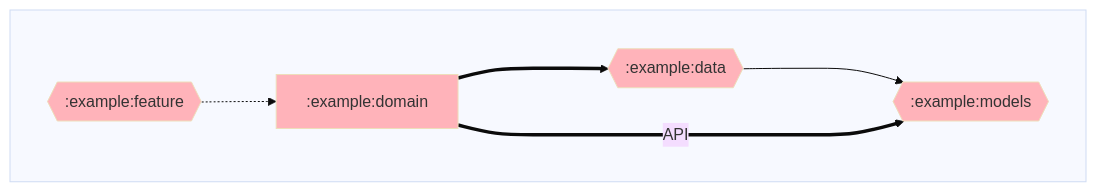
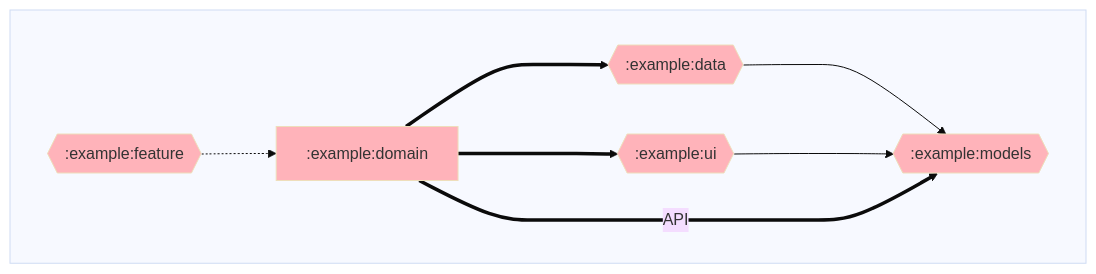
One commit to adityabhaskar/Gradle-dependency-graphs changed the diagram in example/domain/dependencyGraph.md. Above: the diagram before and after it, drawn with Mermaid. The commit also changed 2 other files, not shown here.

Commit message:
Updated dependency graphs

````diff
--- a/example/domain/dependencyGraph.md
+++ b/example/domain/dependencyGraph.md
@@ -1,33 +1,37 @@
 ```mermaid
 %%{ init: { 'theme': 'base' } }%%
 graph LR;
 
 %% Styling for module nodes by type
 classDef rootNode stroke-width:4px;
 classDef mppNode fill:#ffd2b3;
 classDef andNode fill:#baffc9;
 classDef javaNode fill:#ffb3ba;
 
 %% Modules
 subgraph  
   direction LR;
   :example:data{{:example:data}}:::javaNode;
   :example:domain[:example:domain]:::javaNode;
   :example:feature{{:example:feature}}:::javaNode;
   :example:models{{:example:models}}:::javaNode;
+  :example:ui{{:example:ui}}:::javaNode;
 end
 
 %% Dependencies
 :example:data--->:example:models
+:example:ui--->:example:models
 :example:domain==API===>:example:models
 :example:domain===>:example:data
+:example:domain===>:example:ui
 
 %% Dependents
 :example:feature-.->:example:domain
 
 %% Click interactions
 click :example:data https://github.com/adityabhaskar/Project-Dependency-Graph/blob/main/example/data/dependencyGraph.md
 click :example:domain https://github.com/adityabhaskar/Project-Dependency-Graph/blob/main/example/domain/dependencyGraph.md
 click :example:feature https://github.com/adityabhaskar/Project-Dependency-Graph/blob/main/example/feature/dependencyGraph.md
 click :example:models https://github.com/adityabhaskar/Project-Dependency-Graph/blob/main/example/models/dependencyGraph.md
+click :example:ui https://github.com/adityabhaskar/Project-Dependency-Graph/blob/main/example/ui/dependencyGraph.md
 ```
````
